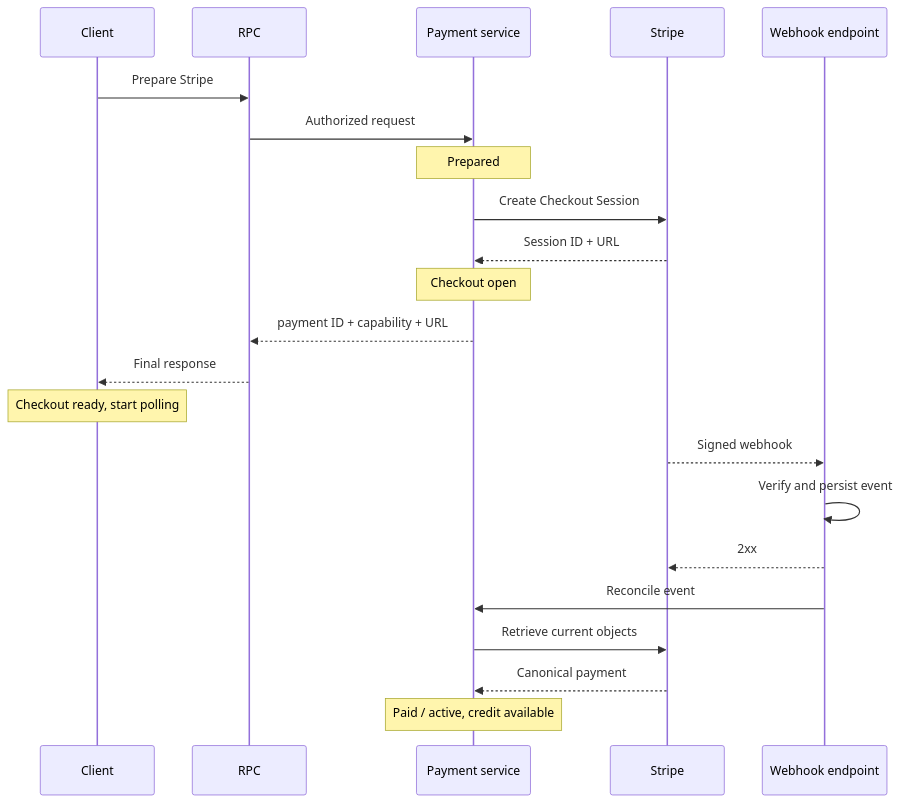
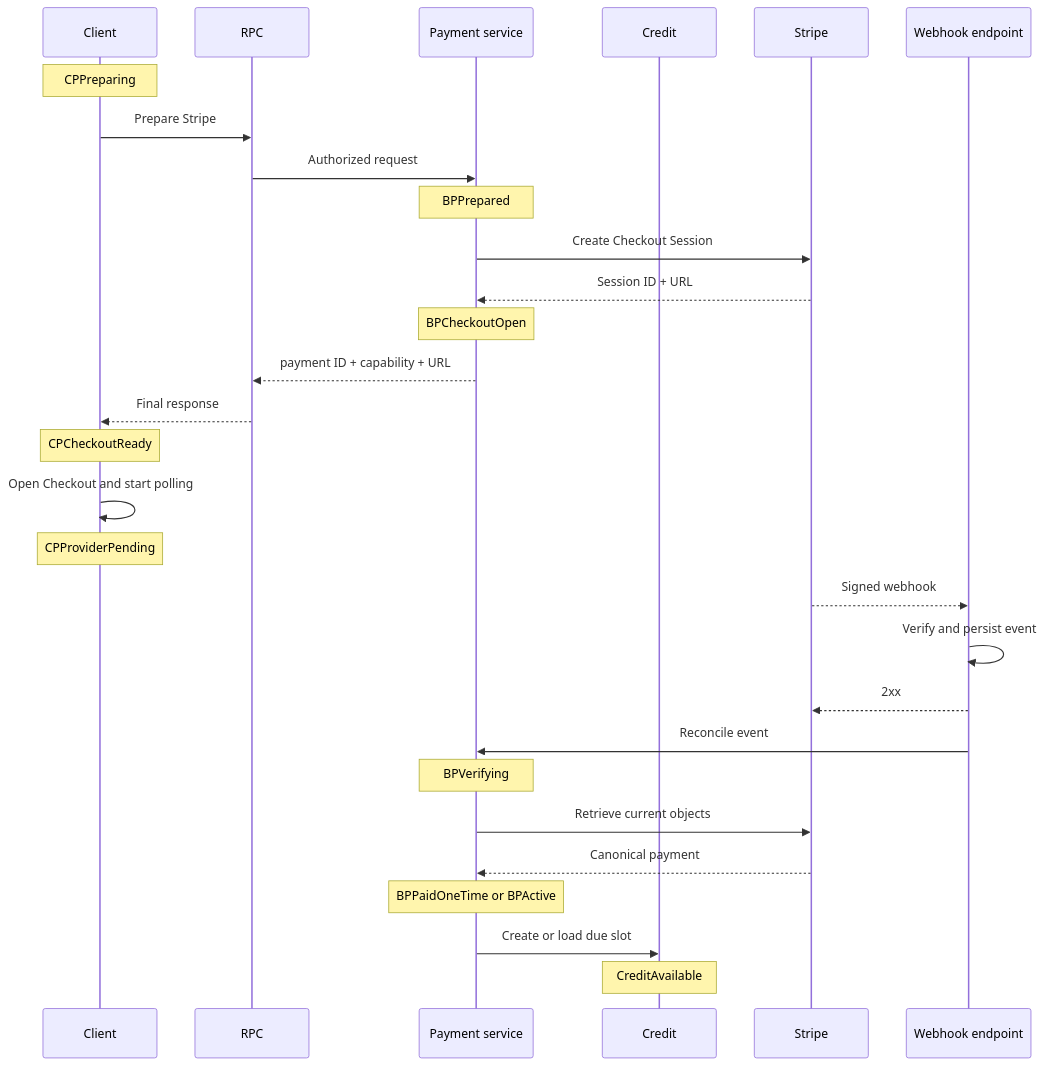
One commit to simplex-chat/simplex-chat changed the fifth of 6 diagrams in plans/2026-07-20-supporter-badges-v2-implementation.md. Above: the diagram before and after it, drawn with Mermaid. The commit also changed other lines of this file and 1 other file, not shown here.

````diff
--- a/plans/2026-07-20-supporter-badges-v2-implementation.md
+++ b/plans/2026-07-20-supporter-badges-v2-implementation.md
@@ -302,24 +319,31 @@
 ```mermaid
 sequenceDiagram
   participant C as Client
   participant RPC as RPC
   participant P as Payment service
+  participant X as Credit
   participant S as Stripe
   participant W as Webhook endpoint
+  Note over C: CPPreparing
   C->>RPC: Prepare Stripe
   RPC->>P: Authorized request
-  Note over P: Prepared
+  Note over P: BPPrepared
   P->>S: Create Checkout Session
   S-->>P: Session ID + URL
-  Note over P: Checkout open
+  Note over P: BPCheckoutOpen
   P-->>RPC: payment ID + capability + URL
   RPC-->>C: Final response
-  Note over C: Checkout ready, start polling
+  Note over C: CPCheckoutReady
+  C->>C: Open Checkout and start polling
+  Note over C: CPProviderPending
   S-->>W: Signed webhook
   W->>W: Verify and persist event
   W-->>S: 2xx
   W->>P: Reconcile event
+  Note over P: BPVerifying
   P->>S: Retrieve current objects
   S-->>P: Canonical payment
-  Note over P: Paid / active, credit available
+  Note over P: BPPaidOneTime or BPActive
+  P->>X: Create or load due slot
+  Note over X: CreditAvailable
 ```
````
